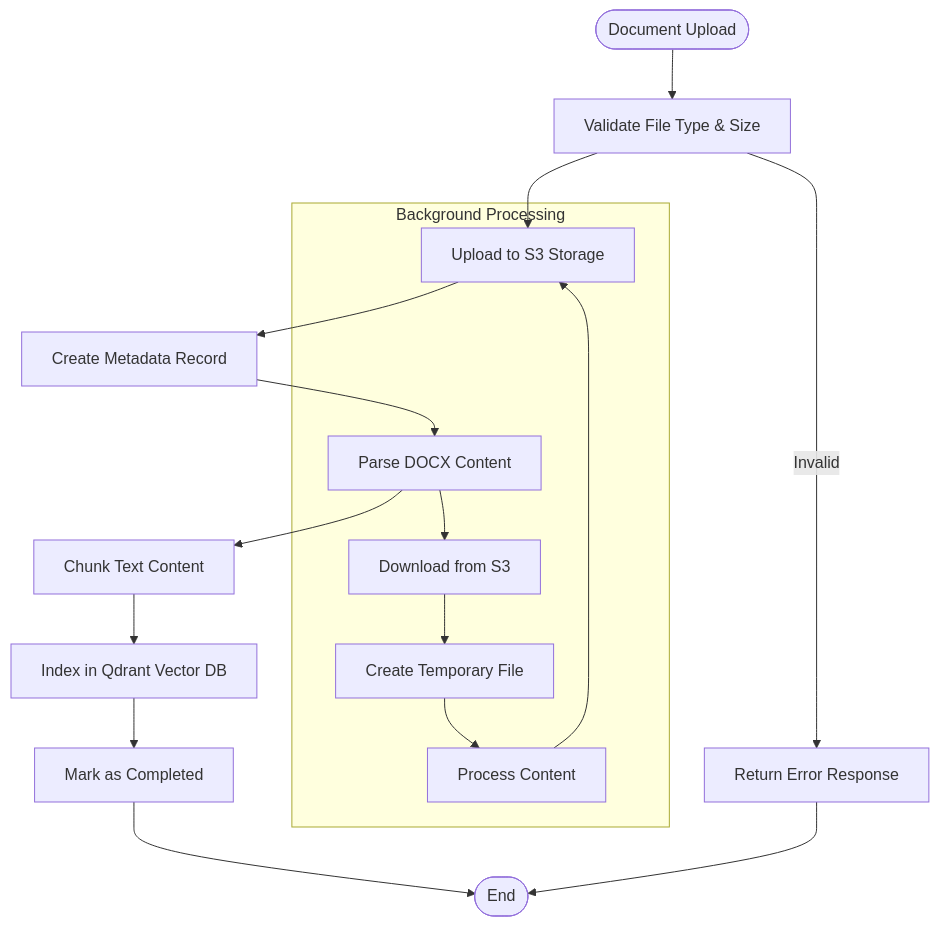
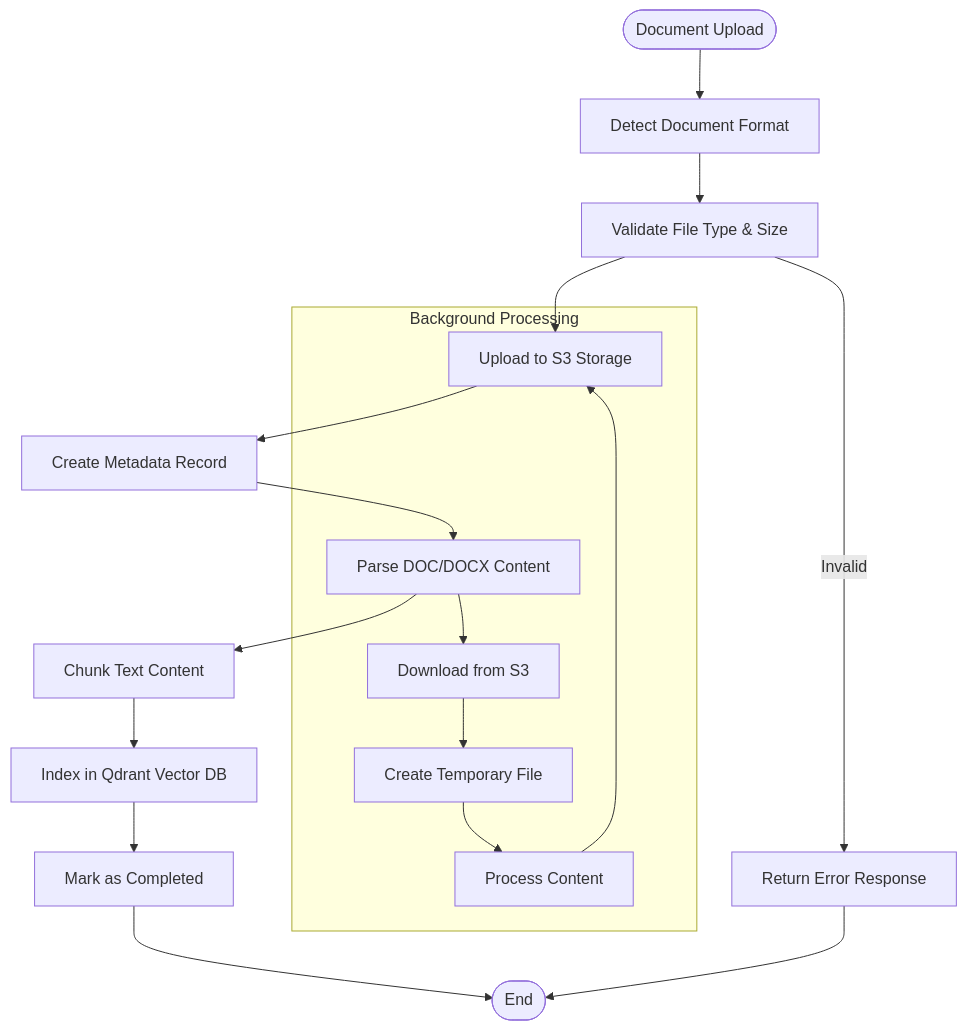
One commit to ognelis/cafetera_hr_bot changed the fourth of 18 diagrams in .qoder/repowiki/en/content/Document Management System.md. Above: the diagram before and after it, drawn with Mermaid. The commit also changed other lines of this file and 11 other files, not shown here.

````diff
--- a/.qoder/repowiki/en/content/Document Management System.md
+++ b/.qoder/repowiki/en/content/Document Management System.md
@@ -232,19 +254,20 @@
 ```mermaid
 flowchart TD
-Start([Document Upload]) --> Validate[Validate File Type & Size]
+Start([Document Upload]) --> DetectFormat[Detect Document Format]
+DetectFormat --> Validate[Validate File Type & Size]
 Validate --> Upload[Upload to S3 Storage]
 Upload --> CreateMeta[Create Metadata Record]
-CreateMeta --> Parse[Parse DOCX Content]
+CreateMeta --> Parse[Parse DOC/DOCX Content]
 Parse --> Chunk[Chunk Text Content]
 Chunk --> Index[Index in Qdrant Vector DB]
 Index --> Complete[Mark as Completed]
 Validate --> |Invalid| Error[Return Error Response]
 Error --> End([End])
 Complete --> End
 subgraph "Background Processing"
 Parse --> Download[Download from S3]
 Download --> TempFile[Create Temporary File]
 TempFile --> Process[Process Content]
 Process --> Upload
 end
 ```
````
